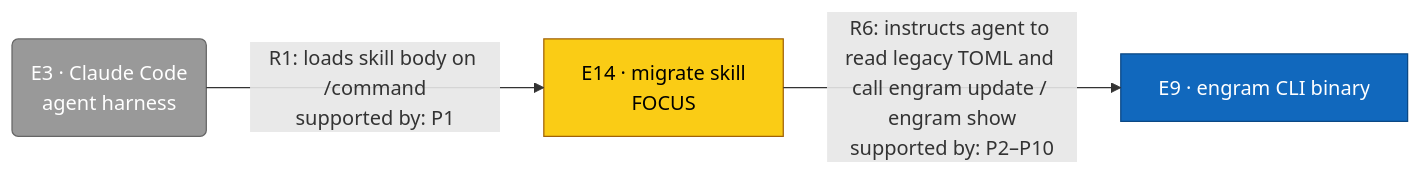
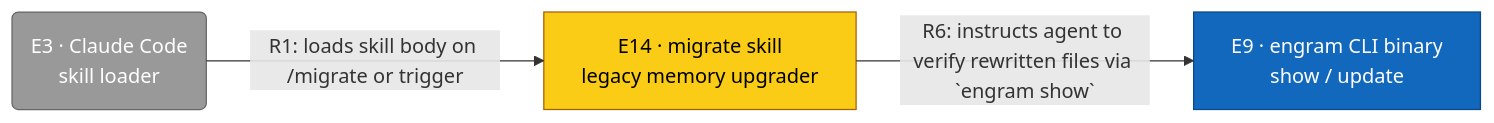
Before and after one commit to toejough/engram: the diagram in architecture/c4/svg/c4-migrate-skill.mmd, drawn with Mermaid. The commit also changed 78 other files, not shown here.

```diff
--- a/architecture/c4/svg/c4-migrate-skill.mmd
+++ b/architecture/c4/svg/c4-migrate-skill.mmd
@@ -1,18 +1,18 @@
 %%{init: {'flowchart': {'defaultRenderer': 'elk'}}}%%
 flowchart LR
     classDef person      fill:#08427b,stroke:#052e56,color:#fff
     classDef external    fill:#999,   stroke:#666,   color:#fff
     classDef container   fill:#1168bd,stroke:#0b4884,color:#fff
     classDef component   fill:#85bbf0,stroke:#5d9bd1,color:#000
     classDef focus       fill:#facc15,stroke:#a16207,color:#000
 
-    e3(E3 · Claude Code<br/>agent harness)
-    e14[E14 · migrate skill<br/>FOCUS]
-    e9[E9 · engram CLI binary]
+    e14["E14 · migrate skill<br/>legacy memory upgrader"]
+    e3("E3 · Claude Code<br/>skill loader")
+    e9["E9 · engram CLI binary<br/>show / update"]
 
-    e3 -->|"R1: loads skill body on /command<br/>supported by: P1"| e14
-    e14 -->|"R6: instructs agent to read legacy TOML and call engram update / engram show<br/>supported by: P2–P10"| e9
+    e3 -->|"R1: loads skill body on /migrate or trigger"| e14
+    e14 -->|"R6: instructs agent to verify rewritten files via `engram show`"| e9
 
     class e3 external
     class e9 container
     class e14 focus
```
